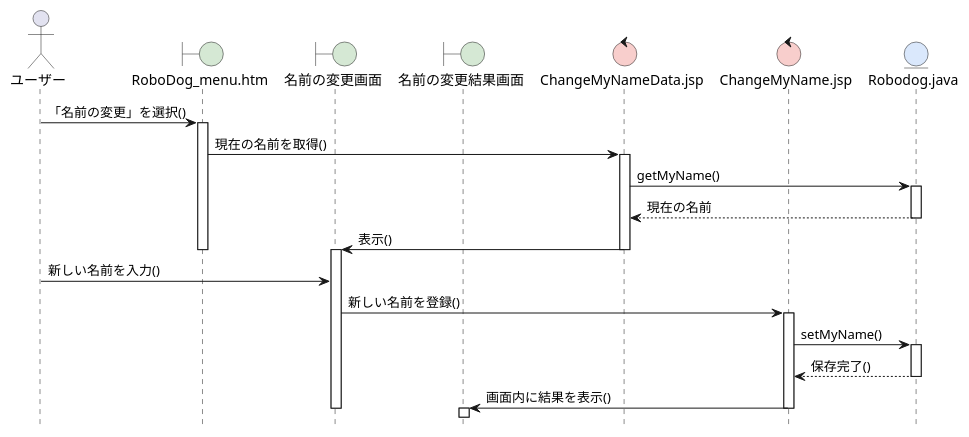
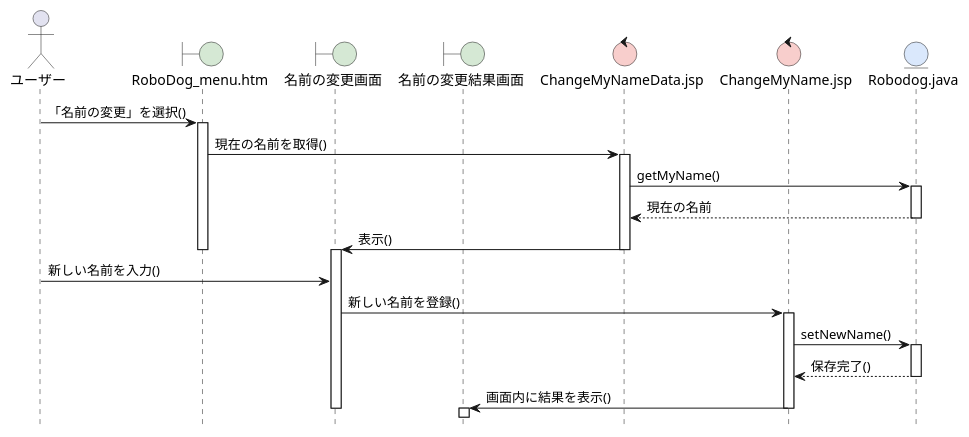
One commit to amaneko0608/ohara_uml changed the diagram in 06_robo_dog/sequence_01_change_name.pu. Above: the diagram before and after it, drawn with PlantUML. The commit also changed 2 other files, not shown here.

```diff
--- a/06_robo_dog/sequence_01_change_name.pu
+++ b/06_robo_dog/sequence_01_change_name.pu
@@ -1,43 +1,43 @@
 @startuml RoboDogシステム-名前変更シーケンス図
 hide footbox
 skinparam boundaryBackgroundColor #D5E8D4
 skinparam controlBackgroundColor  #F8CECC
 skinparam entityBackgroundColor   #DAE8FC
 
 actor ユーザー as A
 boundary "RoboDog_menu.htm" as B1
 boundary 名前の変更画面 as B2
 boundary 名前の変更結果画面 as B3
 control "ChangeMyNameData.jsp" as C1
 control "ChangeMyName.jsp" as C2
 entity "Robodog.java" as E
 
 A -> B1: 「名前の変更」を選択()
 activate B1
 
 B1 -> C1: 現在の名前を取得()
 activate C1
 C1 -> E: getMyName()
 activate E
 E --> C1: 現在の名前
 deactivate E
 C1 -> B2: 表示()
 deactivate C1
 deactivate B1
 activate B2
 
 A -> B2: 新しい名前を入力()
 
 B2 -> C2: 新しい名前を登録()
 activate C2
-C2 -> E: setMyName()
+C2 -> E: setNewName()
 activate E
 E --> C2: 保存完了()
 deactivate E
 
 C2 -> B3: 画面内に結果を表示()
 deactivate C2
 deactivate B2
 activate B3
 
 @enduml
```
